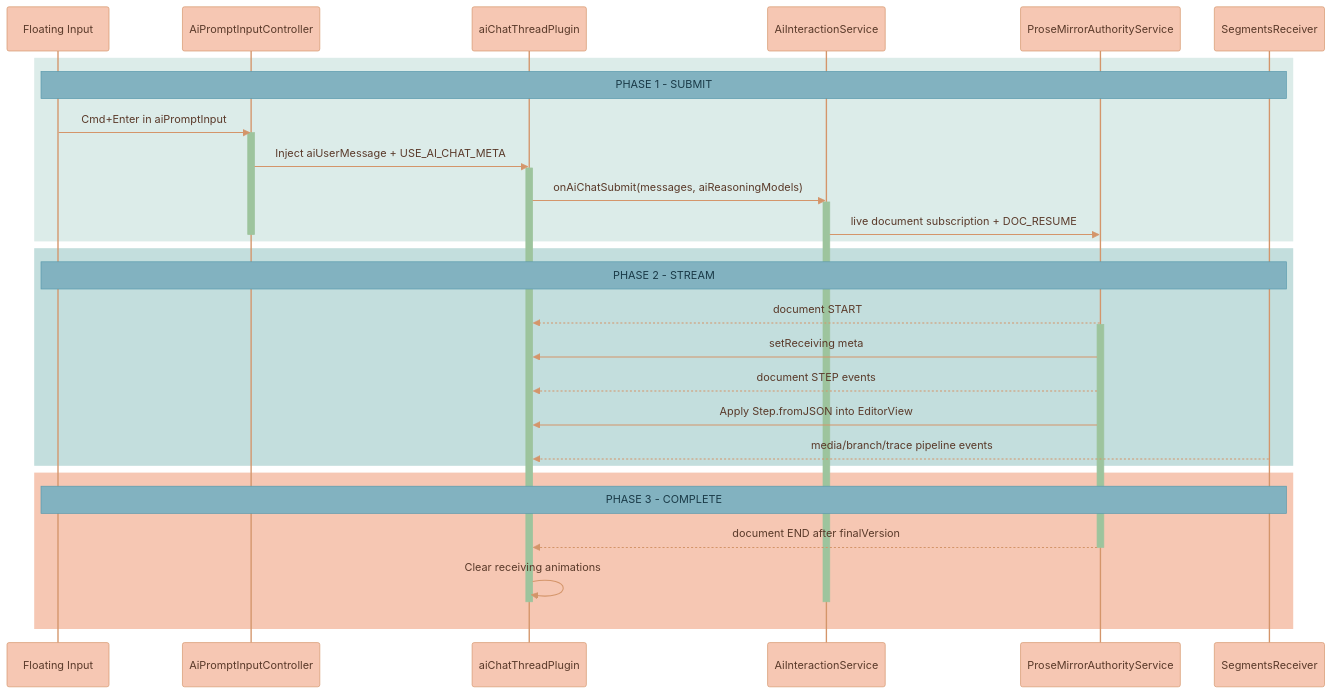
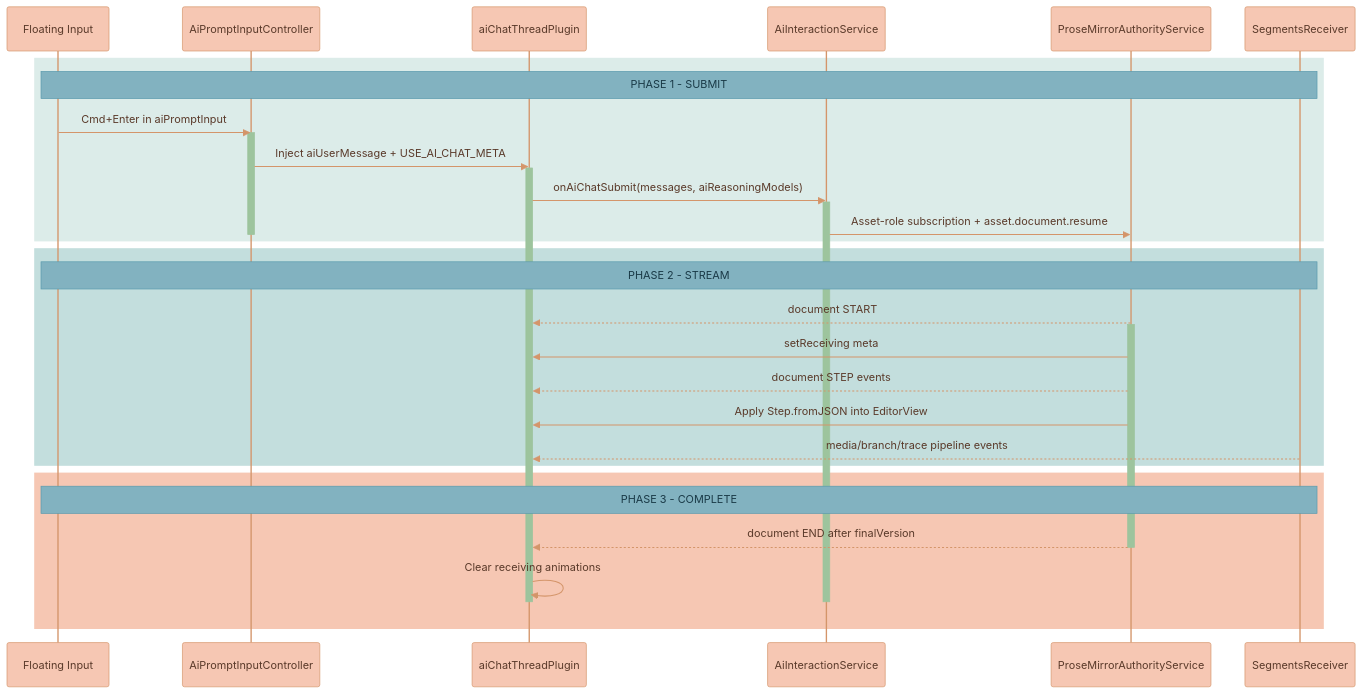
One commit to Lixpi/lixpi changed the seventh of 8 diagrams in services/web-ui/src/components/proseMirror/README.md. Above: the diagram before and after it, drawn with Mermaid. The commit also changed other lines of this file and 225 other files, not shown here.

````diff
--- a/services/web-ui/src/components/proseMirror/README.md
+++ b/services/web-ui/src/components/proseMirror/README.md
@@ -330,47 +331,47 @@
 ```mermaid
 %%{init: {'theme': 'base', 'themeVariables': { 'noteBkgColor': '#82B2C0', 'noteTextColor': '#1a3a47', 'noteBorderColor': '#5a9aad', 'actorBkg': '#F6C7B3', 'actorBorder': '#d4956a', 'actorTextColor': '#5a3a2a', 'actorLineColor': '#d4956a', 'signalColor': '#d4956a', 'signalTextColor': '#5a3a2a', 'labelBoxBkgColor': '#F6C7B3', 'labelBoxBorderColor': '#d4956a', 'labelTextColor': '#5a3a2a', 'loopTextColor': '#5a3a2a', 'activationBorderColor': '#9DC49D', 'activationBkgColor': '#9DC49D', 'sequenceNumberColor': '#5a3a2a'}}}%%
 sequenceDiagram
   participant FI as Floating Input
   participant Ctrl as AiPromptInputController
   participant Plugin as aiChatThreadPlugin
   participant S as AiInteractionService
   participant Auth as ProseMirrorAuthorityService
   participant SR as SegmentsReceiver
   %% ═══════════════════════════════════════════════════════════════
   %% PHASE 1: SUBMIT
   %% ═══════════════════════════════════════════════════════════════
   rect rgb(220, 236, 233)
       Note over FI, SR: PHASE 1 - SUBMIT
       FI->>Ctrl: Cmd+Enter in aiPromptInput
       activate Ctrl
       Ctrl->>Plugin: Inject aiUserMessage + USE_AI_CHAT_META
       activate Plugin
       Plugin->>S: onAiChatSubmit(messages, aiReasoningModels)
       activate S
-      S->>Auth: live document subscription + DOC_RESUME
+      S->>Auth: Asset-role subscription + asset.document.resume
       deactivate Ctrl
   end
   %% ═══════════════════════════════════════════════════════════════
   %% PHASE 2: STREAM
   %% ═══════════════════════════════════════════════════════════════
   rect rgb(195, 222, 221)
       Note over FI, SR: PHASE 2 - STREAM
       Auth-->>Plugin: document START
       activate Auth
       Auth->>Plugin: setReceiving meta
       Auth-->>Plugin: document STEP events
       Auth->>Plugin: Apply Step.fromJSON into EditorView
       SR-->>Plugin: media/branch/trace pipeline events
   end
   %% ═══════════════════════════════════════════════════════════════
   %% PHASE 3: COMPLETE
   %% ═══════════════════════════════════════════════════════════════
   rect rgb(246, 199, 179)
       Note over FI, SR: PHASE 3 - COMPLETE
       Auth-->>Plugin: document END after finalVersion
       deactivate Auth
       Plugin->>Plugin: Clear receiving animations
       deactivate S
       deactivate Plugin
   end
 ```
````
